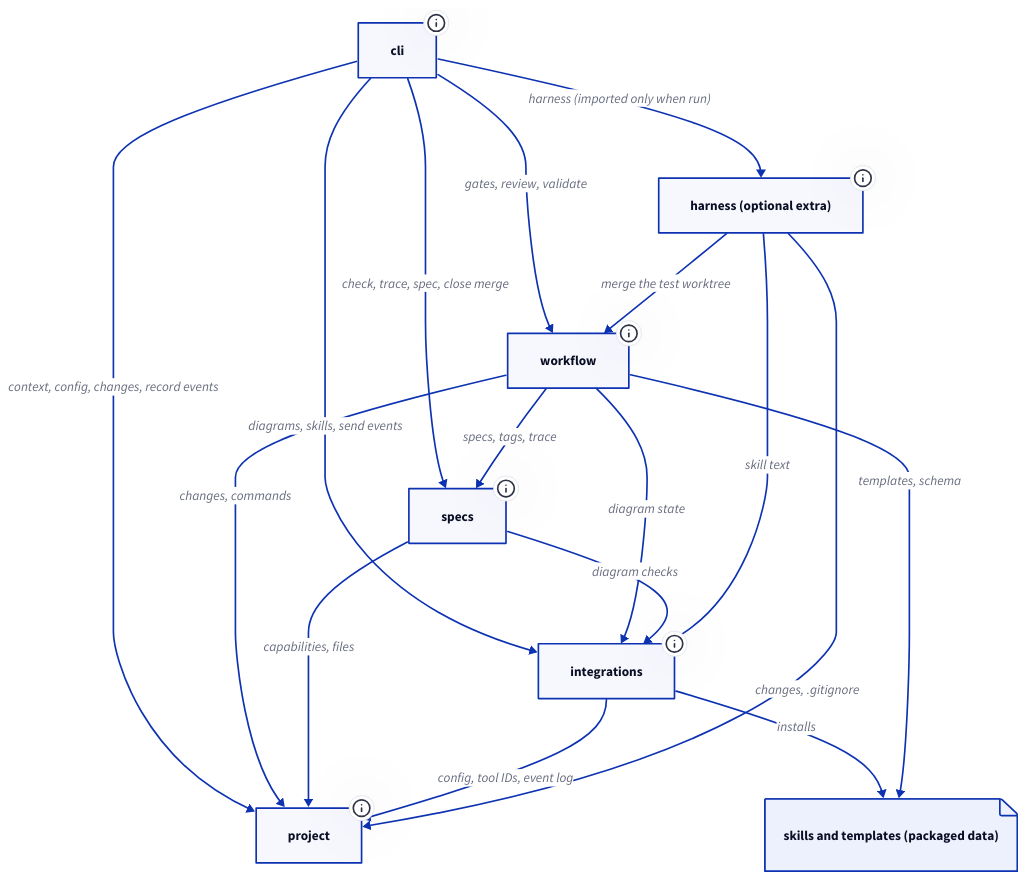
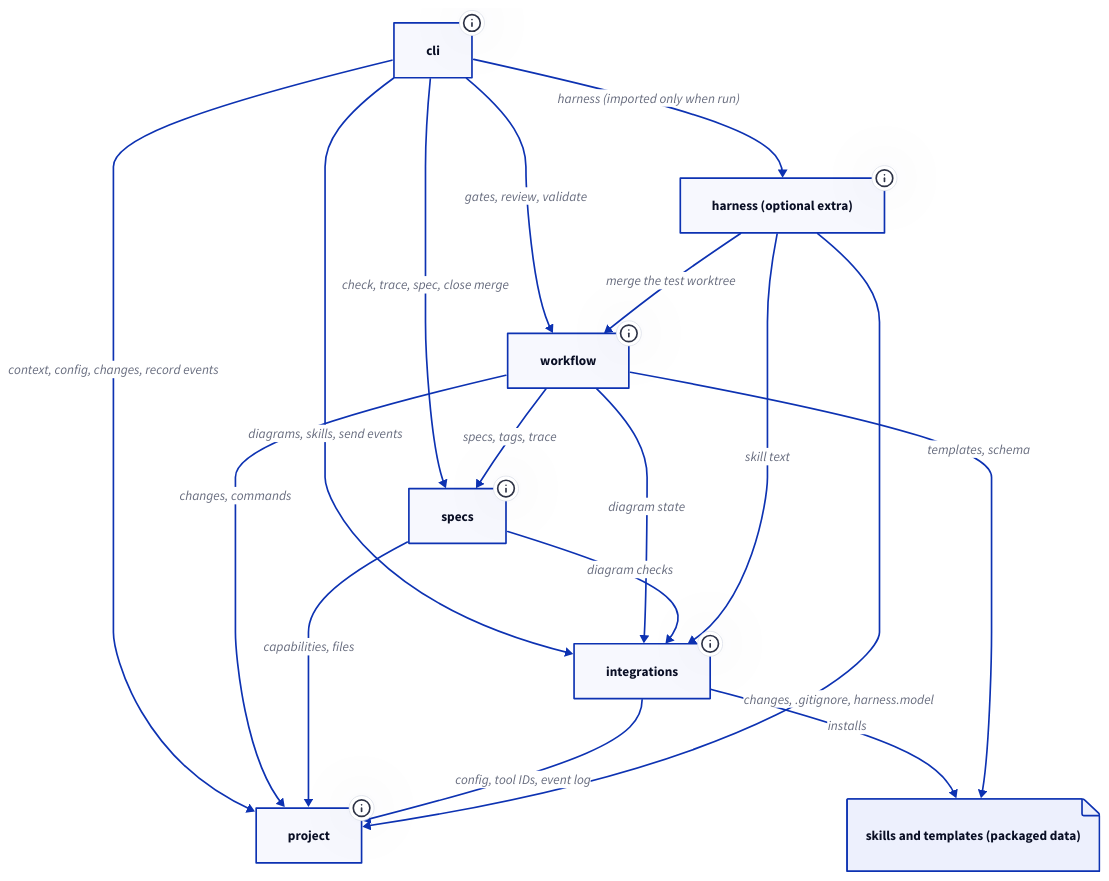
One commit to lcmonteiro/specworks changed the diagram in docs/diagrams/architecture-blocks.d2. Above: the diagram before and after it, drawn with D2. The commit also changed 25 other files, not shown here.

```diff
--- a/docs/diagrams/architecture-blocks.d2
+++ b/docs/diagrams/architecture-blocks.d2
@@ -1,40 +1,40 @@
 direction: down
 
 cli: cli {
   tooltip: "src/specworks/cli: commands, --json output, errors as values"
 }
 workflow: workflow {
   tooltip: "src/specworks/workflow: artifacts, gates, review, cycles, validate"
 }
 specs: specs {
   tooltip: "src/specworks/specs: spec files, checks, tasks, trace, merge at close"
 }
 integrations: integrations {
   tooltip: "src/specworks/tools: D2 diagrams, installing skills, Langfuse"
 }
 project: project {
   tooltip: "src/specworks/core: config, workspace, changes, event log, runner, git"
 }
 harness: harness (optional extra) {
   tooltip: "src/specworks/harness: the flow as a chatinho chat, one Deep Agent peer per skill"
 }
 skills: skills and templates (packaged data) {
   shape: page
 }
 
 cli -> workflow: gates, review, validate
 cli -> specs: check, trace, spec, close merge
 cli -> integrations: diagrams, skills, send events
 cli -> project: context, config, changes, record events
 workflow -> specs: specs, tags, trace
 workflow -> project: changes, commands
 workflow -> integrations: diagram state
 specs -> project: capabilities, files
 specs -> integrations: diagram checks
 integrations -> project: config, tool IDs, event log
 integrations -> skills: installs
 workflow -> skills: templates, schema
 cli -> harness: "harness (imported only when run)"
 harness -> workflow: merge the test worktree
 harness -> integrations: skill text
-harness -> project: changes, .gitignore
+harness -> project: "changes, .gitignore, harness.model"
```
